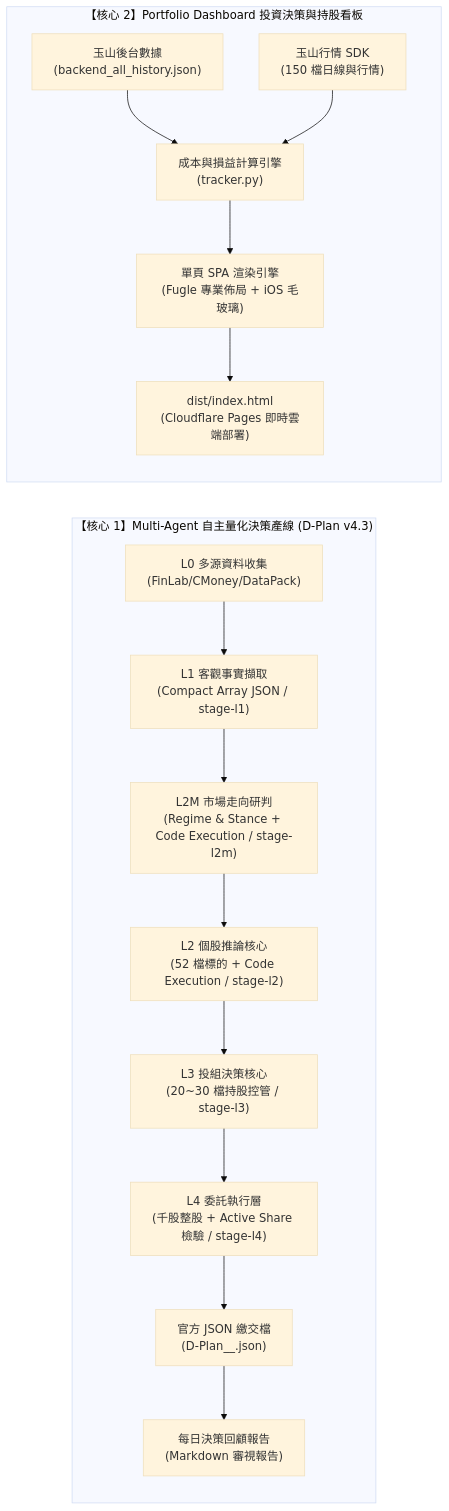
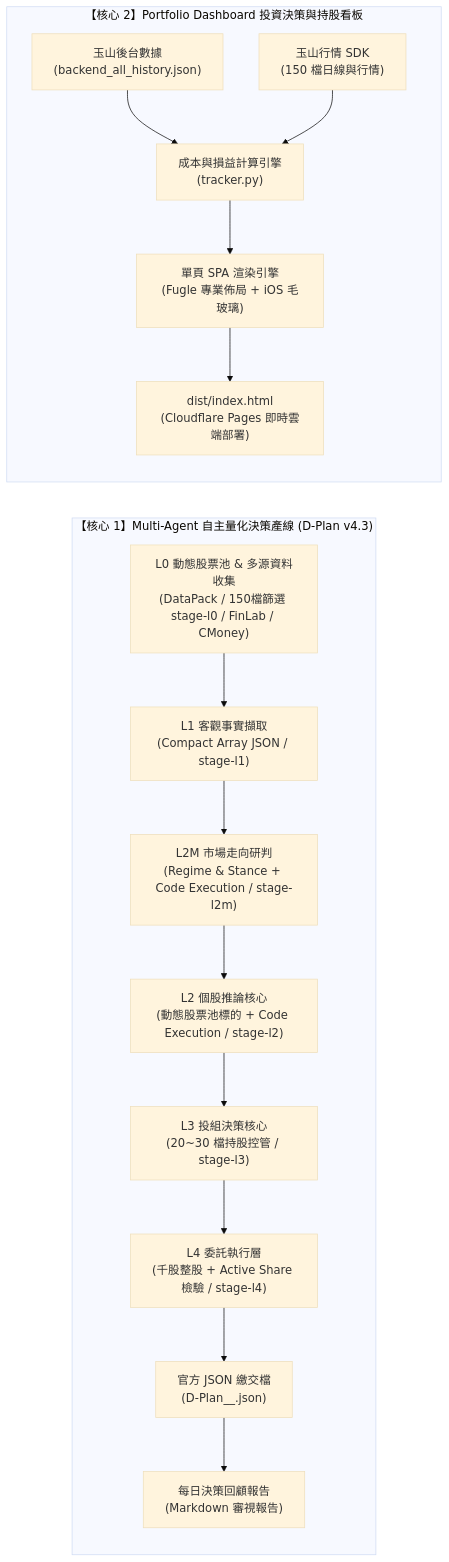
One commit to codyliao0327/esun-ai-cup-2026 changed the first of 2 diagrams in README.md. Above: the diagram before and after it, drawn with Mermaid (base theme). The commit also changed other lines of this file and 77 other files, not shown here.

````diff
--- a/README.md
+++ b/README.md
@@ -14,19 +14,19 @@
 ```mermaid
 flowchart LR
     subgraph Core1["【核心 1】Multi-Agent 自主量化決策產線 (D-Plan v4.3)"]
-        L0["L0 多源資料收集\n(FinLab/CMoney/DataPack)"] --> L1["L1 客觀事實擷取\n(Compact Array JSON / stage-l1)"]
+        L0["L0 動態股票池 & 多源資料收集\n(DataPack / 150檔篩選 stage-l0 / FinLab / CMoney)"] --> L1["L1 客觀事實擷取\n(Compact Array JSON / stage-l1)"]
         L1 --> L2M["L2M 市場走向研判\n(Regime & Stance + Code Execution / stage-l2m)"]
-        L2M --> L2["L2 個股推論核心\n(52 檔標的 + Code Execution / stage-l2)"]
+        L2M --> L2["L2 個股推論核心\n(動態股票池標的 + Code Execution / stage-l2)"]
         L2 --> L3["L3 投組決策核心\n(20~30 檔持股控管 / stage-l3)"]
         L3 --> L4["L4 委託執行層\n(千股整股 + Active Share 檢驗 / stage-l4)"]
         L4 --> OUT["官方 JSON 繳交檔\n(D-Plan_<team_id>_<date>.json)"]
         OUT --> REP["每日決策回顧報告\n(Markdown 審視報告)"]
     end
 
     subgraph Core2["【核心 2】Portfolio Dashboard 投資決策與持股看板"]
         BACK["玉山後台數據\n(backend_all_history.json)"] --> TRACK["成本與損益計算引擎\n(tracker.py)"]
         ESUN_API["玉山行情 SDK\n(150 檔日線與行情)"] --> TRACK
         TRACK --> BUILD["單頁 SPA 渲染引擎\n(Fugle 專業佈局 + iOS 毛玻璃)"]
         BUILD --> DIST["dist/index.html\n(Cloudflare Pages 即時雲端部署)"]
     end
 ```
````
